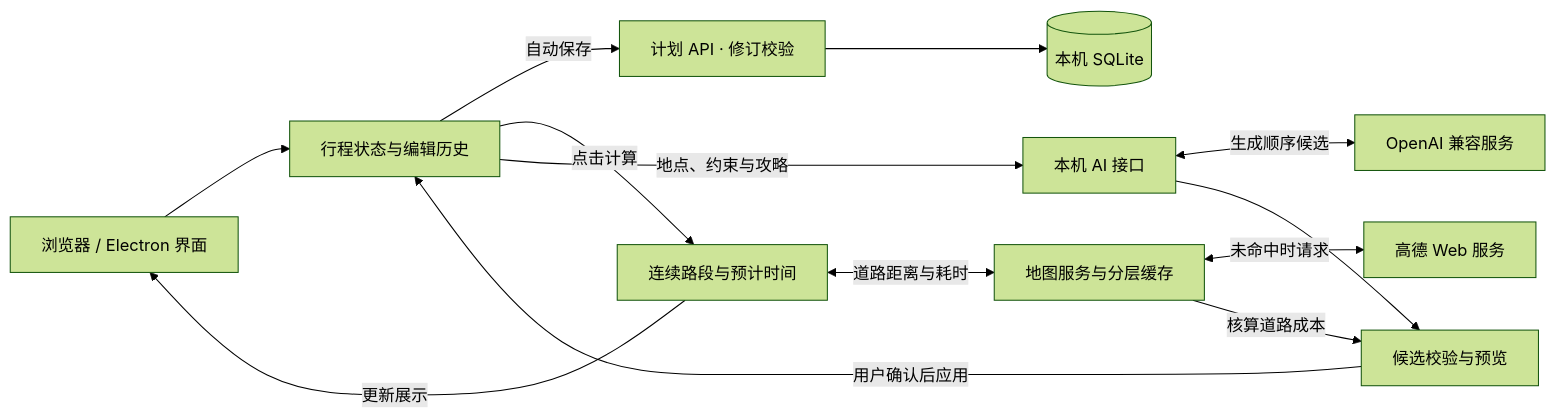
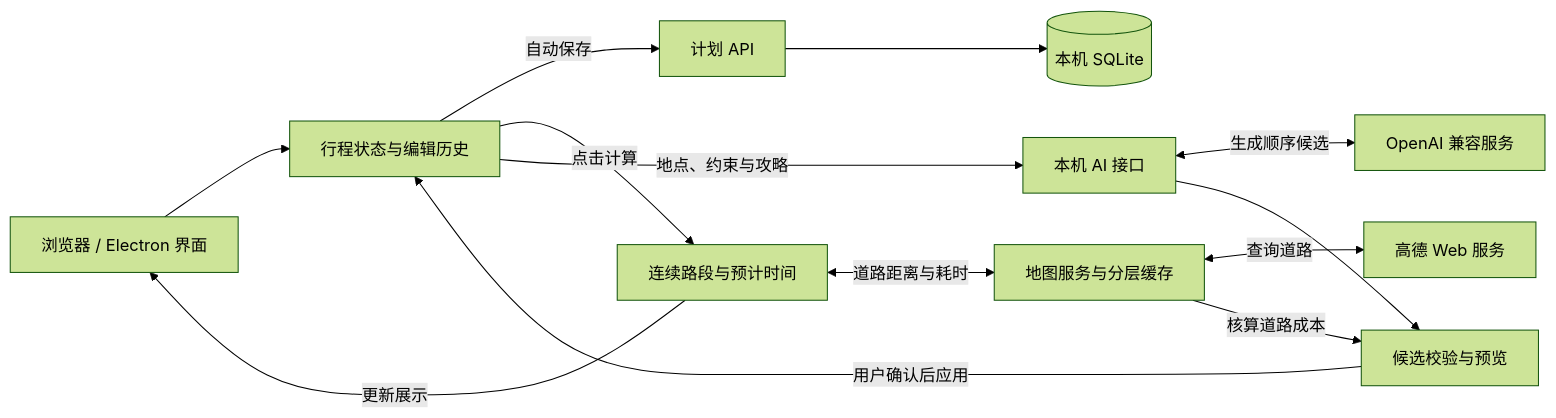
One commit to YHonc/trip-map changed the diagram in README.md. Above: the diagram before and after it, drawn with Mermaid (forest theme). The commit also changed other lines of this file, not shown here.

````diff
--- a/README.md
+++ b/README.md
@@ -78,15 +81,15 @@
 ```mermaid
 flowchart LR
     UI["浏览器 / Electron 界面"] --> State["行程状态与编辑历史"]
-    State -->|自动保存| Store["计划 API · 修订校验"]
+    State -->|自动保存| Store["计划 API"]
     Store --> DB[("本机 SQLite")]
     State -->|点击计算| Calc["连续路段与预计时间"]
     Calc <-->|道路距离与耗时| Map["地图服务与分层缓存"]
-    Map <-->|未命中时请求| AMap["高德 Web 服务"]
+    Map <-->|查询道路| AMap["高德 Web 服务"]
     Calc -->|更新展示| UI
     State -->|地点、约束与攻略| AI["本机 AI 接口"]
     AI <-->|生成顺序候选| Model["OpenAI 兼容服务"]
     AI --> Preview["候选校验与预览"]
     Map -->|核算道路成本| Preview
     Preview -->|用户确认后应用| State
 ```
````
